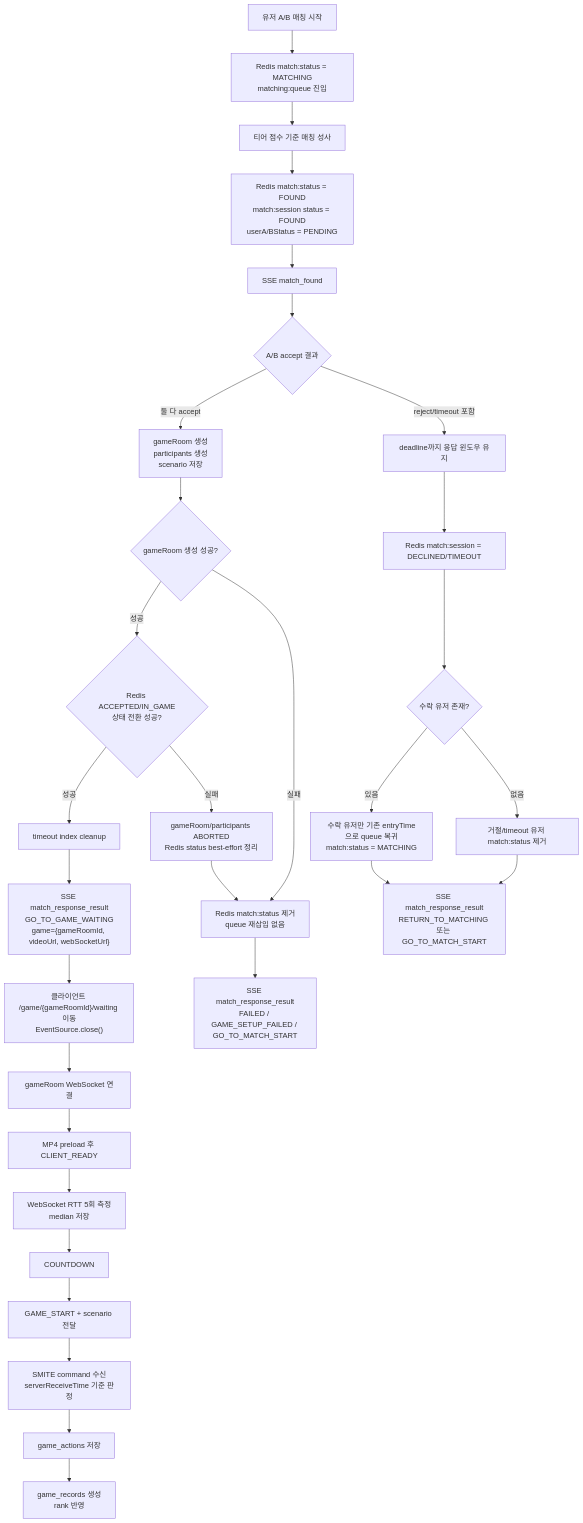
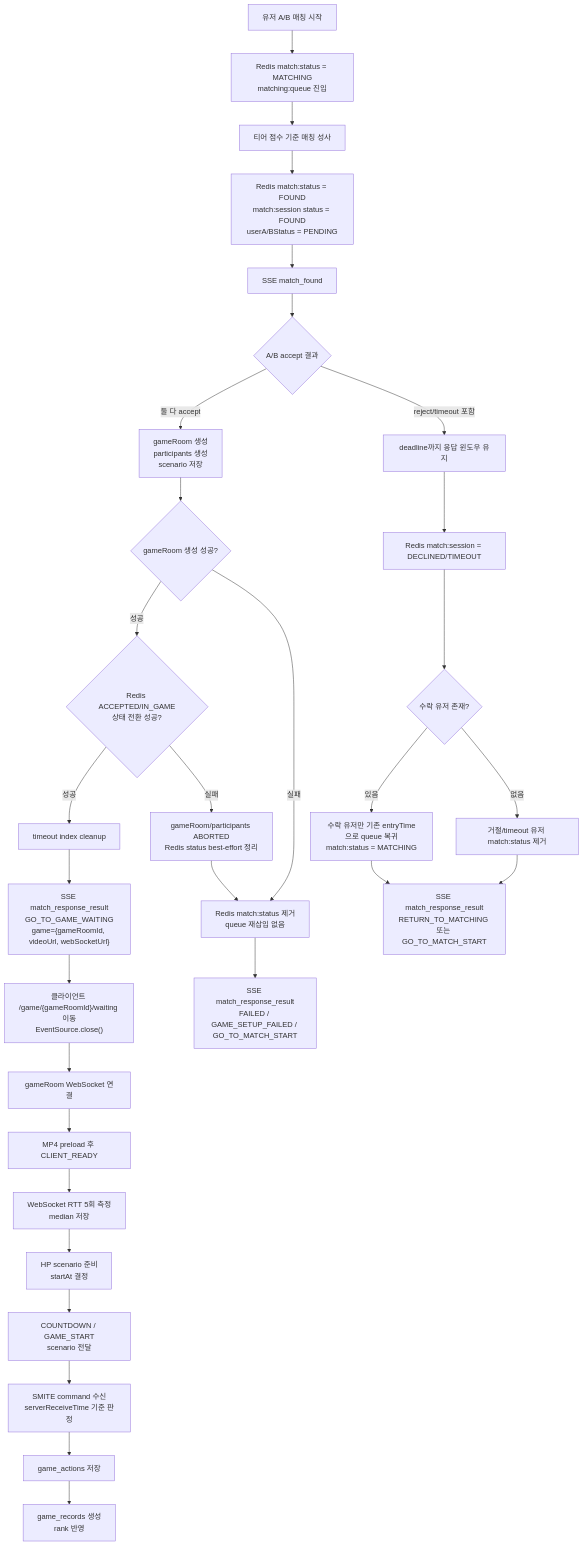
One commit to moonwhistle/League-of-Star changed the diagram in docs/antigravity/backend/plan-checkpoint.md. Above: the diagram before and after it, drawn with Mermaid. The commit also changed other lines of this file and 9 other files, not shown here.

````diff
--- a/docs/antigravity/backend/plan-checkpoint.md
+++ b/docs/antigravity/backend/plan-checkpoint.md
@@ -5,36 +5,36 @@
 ```mermaid
 flowchart TD
     A["유저 A/B 매칭 시작"] --> B["Redis match:status = MATCHING<br/>matching:queue 진입"]
     B --> C["티어 점수 기준 매칭 성사"]
     C --> D["Redis match:status = FOUND<br/>match:session status = FOUND<br/>userA/BStatus = PENDING"]
     D --> E["SSE match_found"]
     E --> F{"A/B accept 결과"}
 
     F -->|"둘 다 accept"| G["gameRoom 생성<br/>participants 생성<br/>scenario 저장"]
     G --> H{"gameRoom 생성 성공?"}
     H -->|"성공"| I{"Redis ACCEPTED/IN_GAME<br/>상태 전환 성공?"}
     I -->|"성공"| J["timeout index cleanup"]
     J --> K["SSE match_response_result<br/>GO_TO_GAME_WAITING<br/>game={gameRoomId, videoUrl, webSocketUrl}"]
     K --> L["클라이언트 /game/{gameRoomId}/waiting 이동<br/>EventSource.close()"]
     L --> M["gameRoom WebSocket 연결"]
     M --> N["MP4 preload 후 CLIENT_READY"]
     N --> O["WebSocket RTT 5회 측정<br/>median 저장"]
-    O --> P["COUNTDOWN"]
-    P --> Q["GAME_START + scenario 전달"]
+    O --> P["HP scenario 준비<br/>startAt 결정"]
+    P --> Q["COUNTDOWN / GAME_START<br/>scenario 전달"]
     Q --> R["SMITE command 수신<br/>serverReceiveTime 기준 판정"]
     R --> S["game_actions 저장"]
     S --> SA["game_records 생성<br/>rank 반영"]
 
     I -->|"실패"| AB["gameRoom/participants ABORTED<br/>Redis status best-effort 정리"]
     AB --> T
     H -->|"실패"| T["Redis match:status 제거<br/>queue 재삽입 없음"]
     T --> U["SSE match_response_result<br/>FAILED / GAME_SETUP_FAILED / GO_TO_MATCH_START"]
 
     F -->|"reject/timeout 포함"| V["deadline까지 응답 윈도우 유지"]
     V --> W["Redis match:session = DECLINED/TIMEOUT"]
     W --> X{"수락 유저 존재?"}
     X -->|"있음"| Y["수락 유저만 기존 entryTime으로 queue 복귀<br/>match:status = MATCHING"]
     X -->|"없음"| Z["거절/timeout 유저 match:status 제거"]
     Y --> AA["SSE match_response_result<br/>RETURN_TO_MATCHING 또는 GO_TO_MATCH_START"]
     Z --> AA
 ```
````
